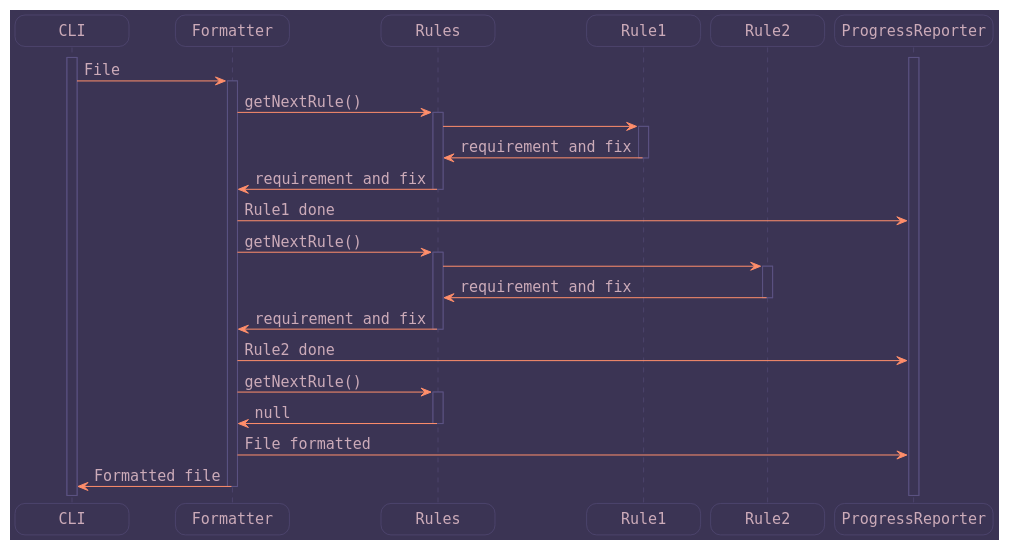
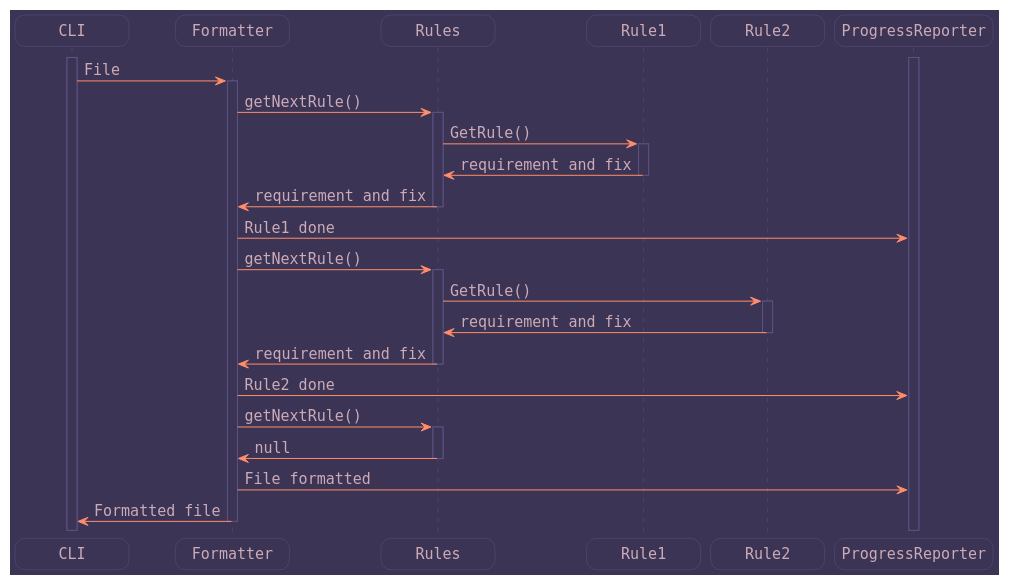
One commit to teknostom/RemedyLinter changed the second of 3 diagrams in project.puml. Above: the diagram before and after it, drawn with PlantUML. The commit also changed 3 other files, not shown here.

```diff
--- a/project.puml
+++ b/project.puml
@@ -28,66 +28,66 @@
     @startuml sequence
         skinparam backgroundColor #3B3454
         skinparam minClassWidth 100
         skinparam defaultFontSize 15
         skinparam defaultFontName DejaVu Sans Mono
         skinparam DefaultMonospacedFontName Dejavu Sans Mono
         skinparam defaultFontColor #CCABB9
         skinparam ActorBorderColor #5C5383
         skinparam ParticipantBorderColor #5C5383
         skinparam ParticipantBackgroundColor #3B3454
         skinparam ArrowColor #FF8E6B
         skinparam RoundCorner 20
         skinparam SequenceLifeLineBorderColor #5C5383
         skinparam SequenceLifeLineBackgroundColor #3B3454
 
 
     Activate CLI
     participant Formatter
     participant Rules
     participant Rule1
     participant Rule2
     Activate ProgressReporter
     CLI -> Formatter: File
 
     Activate Formatter
 
     Formatter -> Rules : getNextRule()
     Activate Rules
 
-    Rules -> Rule1
+    Rules -> Rule1 : GetRule()
     Activate Rule1
 
     Rule1 -> Rules : requirement and fix
     Deactivate Rule1
 
     Rules -> Formatter : requirement and fix
     Deactivate Rules
 
     Formatter -> ProgressReporter : Rule1 done
 
     Formatter -> Rules : getNextRule()
     Activate Rules
 
-    Rules -> Rule2
+    Rules -> Rule2 : GetRule()
     Activate Rule2
 
     Rule2 -> Rules : requirement and fix
     Deactivate Rule2
 
     Rules -> Formatter : requirement and fix
     Deactivate Rules
 
     Formatter -> ProgressReporter : Rule2 done
 
     Formatter -> Rules : getNextRule()
     Activate Rules
 
     Rules -> Formatter : null
     Deactivate Rules
 
     Formatter -> ProgressReporter : File formatted
     
     Formatter -> CLI: Formatted file
     Deactivate Formatter
 
     @enduml sequence
```
